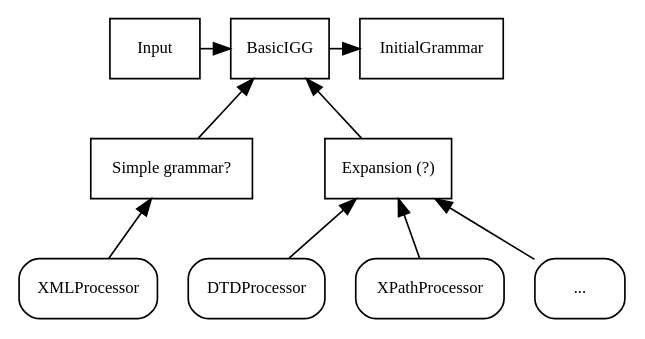
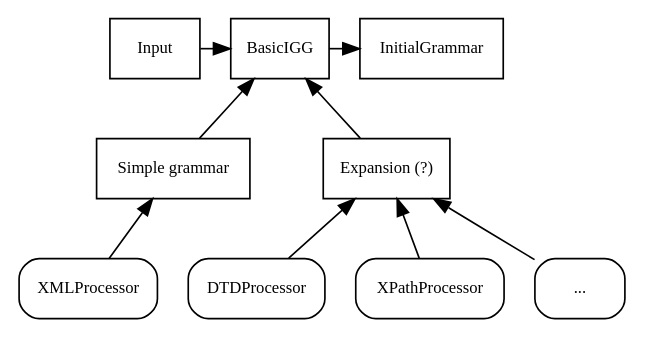
Before and after one commit to otmarjr/jInfer-fork: the diagram in doc/jInfer/basicigg/process-view.gv, drawn with Graphviz.

Commit message:
Documentation: BasicIGG module: repairing a diagram.

```diff
--- a/doc/jInfer/basicigg/process-view.gv
+++ b/doc/jInfer/basicigg/process-view.gv
@@ -1,32 +1,32 @@
 digraph interfaces_nodes {
 	rankdir = BT;
 	node [shape = rectangle, fontname = "TeXGyrePagella-Regular", fontsize = 10];
 	edge [fontname = "TeXGyrePagella-Regular", fontsize = 10];
 
 {
 	rank = same;
 	Input;
 	BasicIGG;
 	InitialGrammar;
 }
 
 {
 	rank = same;
 	XMLProcessor [style = rounded];
 	DTDProcessor [style = rounded];
 	XPathProcessor [style = rounded];
 	OtherProcessor [style = rounded, label = "..."]; 
 }
 	
-	Verification [label = "Simple grammar?"]
+	Verification [label = "Simple grammar"]
 	Expansion [label = "Expansion (?)"];
 
 	Input -> BasicIGG;
 	BasicIGG -> InitialGrammar;
 	XMLProcessor -> Verification;
 	Verification -> BasicIGG;
 	DTDProcessor -> Expansion;
 	XPathProcessor -> Expansion;
 	OtherProcessor -> Expansion;
 	Expansion -> BasicIGG;
 }
```
